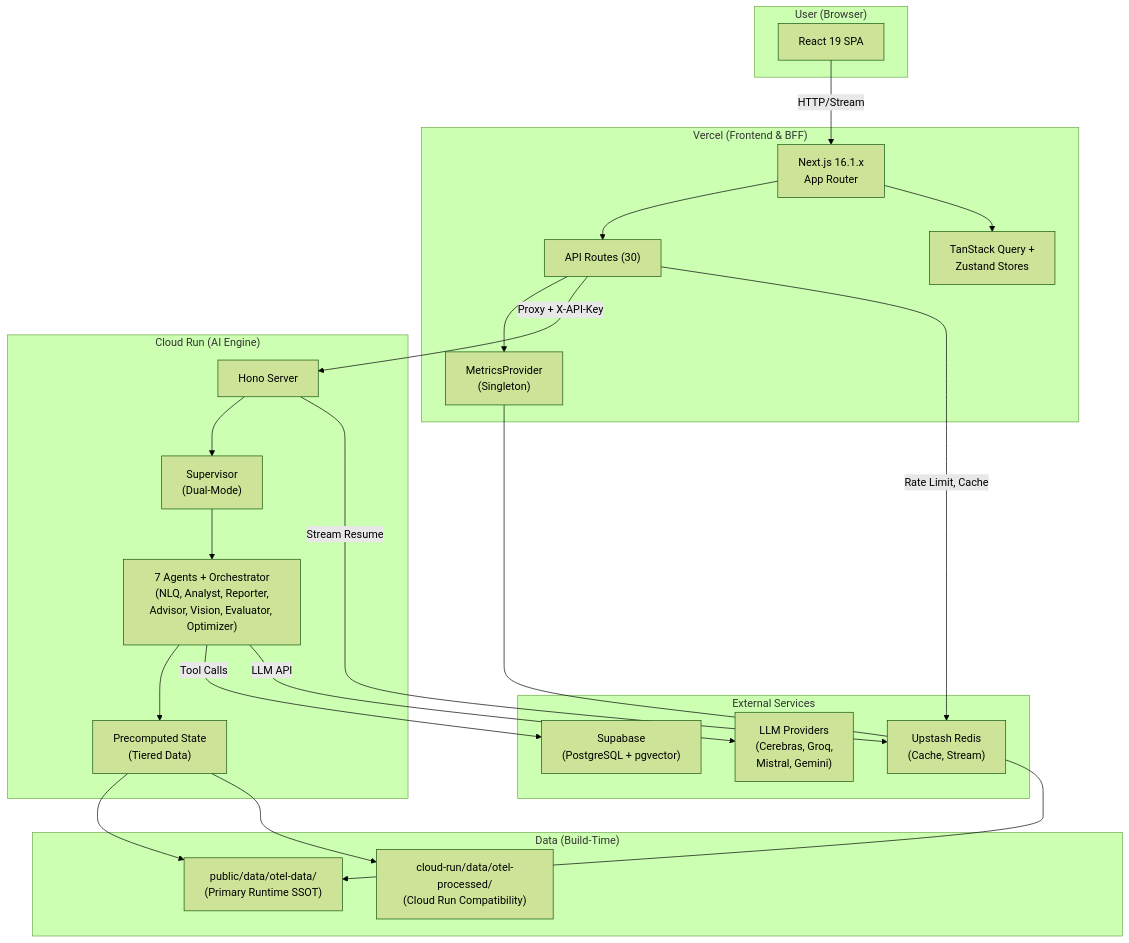
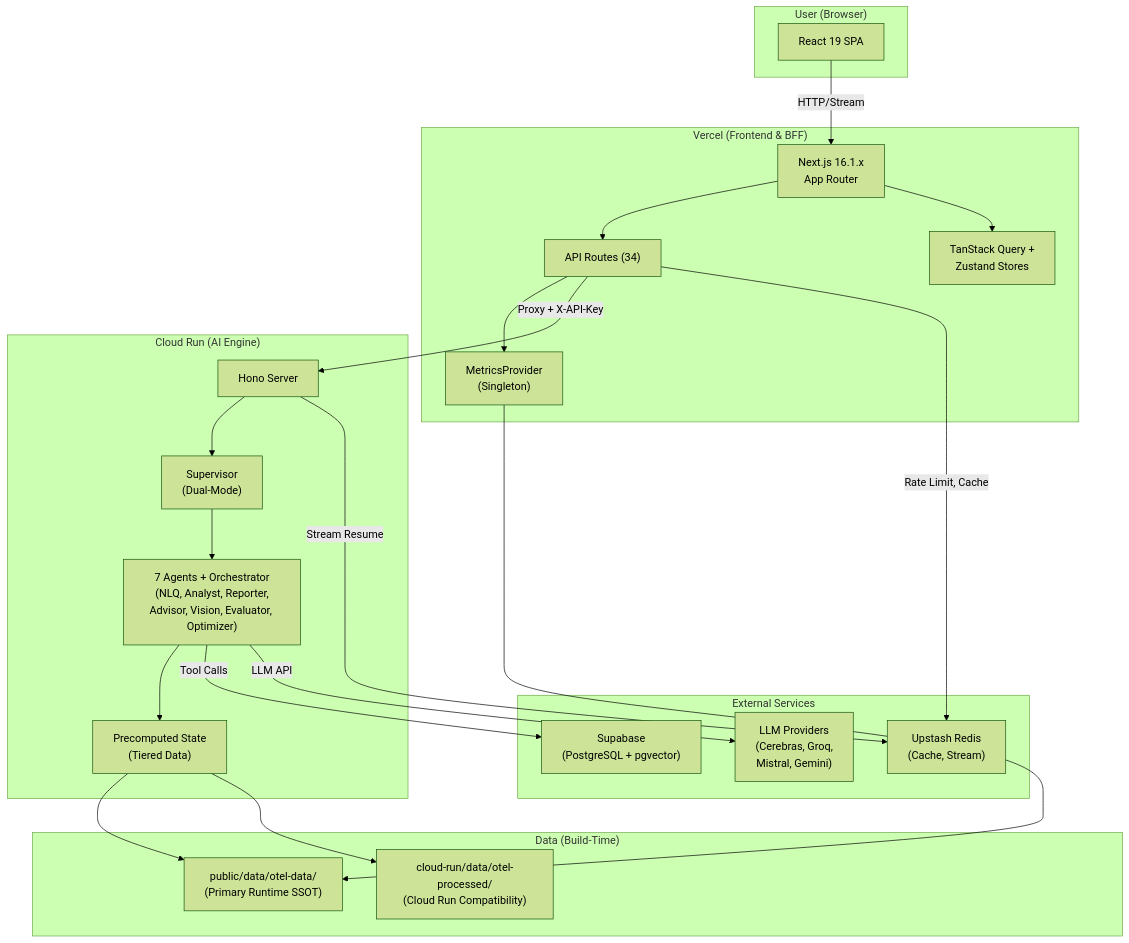
One commit to skyasu2/openmanager-ai changed the diagram in docs/reference/architecture/system/system-architecture-current.md. Above: the diagram before and after it, drawn with Mermaid (forest theme). The commit also changed other lines of this file and 17 other files, not shown here.

Commit message:
docs: sync architecture and API docs with current runtime

````diff
--- a/docs/reference/architecture/system/system-architecture-current.md
+++ b/docs/reference/architecture/system/system-architecture-current.md
@@ -34,47 +34,47 @@
 ```mermaid
 graph TB
     subgraph User["User (Browser)"]
         UI[React 19 SPA]
     end
 
     subgraph Vercel["Vercel (Frontend & BFF)"]
         NextJS["Next.js 16.1.x<br/>App Router"]
-        API["API Routes (30)"]
+        API["API Routes (34)"]
         MP["MetricsProvider<br/>(Singleton)"]
         Providers["TanStack Query +<br/>Zustand Stores"]
     end
 
     subgraph CloudRun["Cloud Run (AI Engine)"]
         Hono["Hono Server"]
         Supervisor["Supervisor<br/>(Dual-Mode)"]
         Agents["7 Agents + Orchestrator<br/>(NLQ, Analyst, Reporter,<br/>Advisor, Vision, Evaluator, Optimizer)"]
         PreComp["Precomputed State<br/>(Tiered Data)"]
     end
 
     subgraph External["External Services"]
         Supabase["Supabase<br/>(PostgreSQL + pgvector)"]
         Redis["Upstash Redis<br/>(Cache, Stream)"]
         LLM["LLM Providers<br/>(Cerebras, Groq,<br/>Mistral, Gemini)"]
     end
 
     subgraph Data["Data (Build-Time)"]
         OTel["public/data/otel-data/<br/>(Primary Runtime SSOT)"]
         Compat["cloud-run/data/otel-processed/<br/>(Cloud Run Compatibility)"]
     end
 
     UI -->|HTTP/Stream| NextJS
     NextJS --> API
     API --> MP
     MP --> OTel
     API -->|Proxy + X-API-Key| Hono
     Hono --> Supervisor
     Supervisor --> Agents
     Agents --> PreComp
     PreComp --> OTel
     PreComp --> Compat
     Agents -->|Tool Calls| Supabase
     Agents -->|LLM API| LLM
     API -->|Rate Limit, Cache| Redis
     Hono -->|Stream Resume| Redis
     NextJS --> Providers
 ```
````
